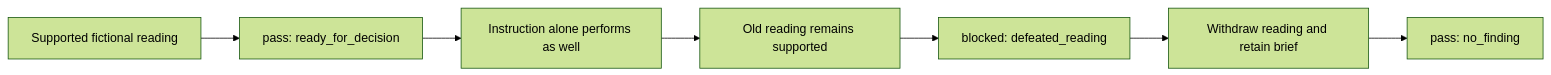
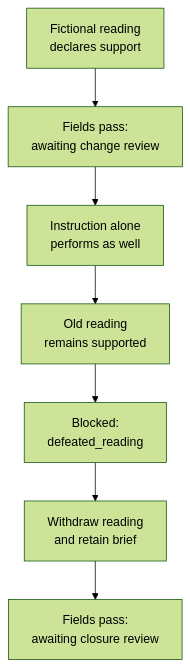
The eighth of 9 diagrams in docs/guide.md (maciejjankowski/zizkian), drawn with Mermaid (forest theme) before and after one commit. The commit also changed other lines of this file and 69 other files, not shown here.

Commit message:
fix: preserve JSON types and leave passing records awaiting human review

````diff
--- a/docs/guide.md
+++ b/docs/guide.md
@@ -152,9 +137,9 @@
 ```mermaid
-flowchart LR
-    A[Supported fictional reading] --> B[pass: ready_for_decision]
-    B --> C[Instruction alone performs as well]
-    C --> D[Old reading remains supported]
-    D --> E[blocked: defeated_reading]
-    E --> F[Withdraw reading and retain brief]
-    F --> G[pass: no_finding]
+flowchart TD
+    A["Fictional reading<br/>declares support"] --> B["Fields pass:<br/>awaiting change review"]
+    B --> C["Instruction alone<br/>performs as well"]
+    C --> D["Old reading<br/>remains supported"]
+    D --> E["Blocked:<br/>defeated_reading"]
+    E --> F["Withdraw reading<br/>and retain brief"]
+    F --> G["Fields pass:<br/>awaiting closure review"]
 ```
````
